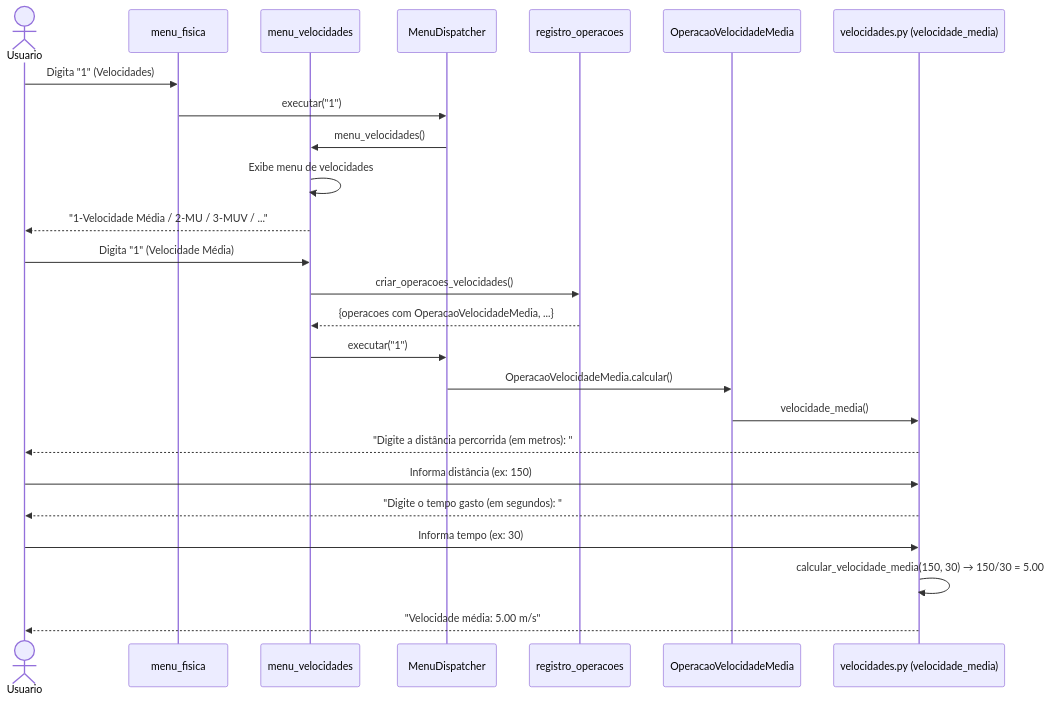
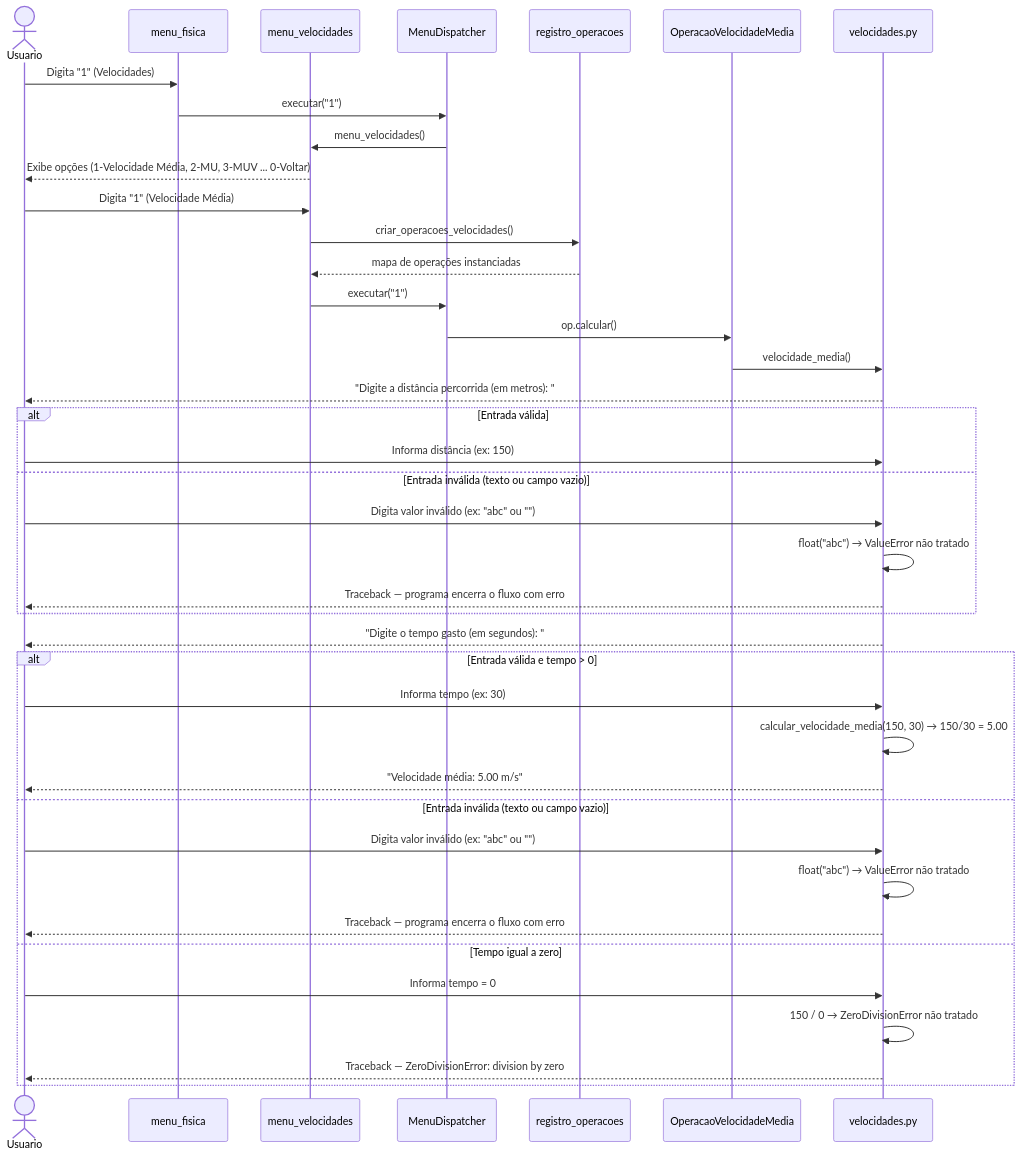
Before and after one commit to software-engineering-labs-ifrn/2026-1-Jonathan: the diagram in Docs/Diagramas de sequência/DS_US03_VelocidadeMedia.md, drawn with Mermaid. The commit also changed other lines of this file and 10 other files, not shown here.

Commit message:
Fix: corrige diagramas

````diff
--- a/Docs/Diagramas de sequência/DS_US03_VelocidadeMedia.md
+++ b/Docs/Diagramas de sequência/DS_US03_VelocidadeMedia.md
@@ -9,29 +7,46 @@
 ```mermaid
 sequenceDiagram
     actor Usuario
     participant MenuFis as menu_fisica
     participant MenuVel as menu_velocidades
     participant Dispatcher as MenuDispatcher
     participant Registro as registro_operacoes
     participant Op as OperacaoVelocidadeMedia
-    participant Calc as velocidades.py (velocidade_media)
+    participant Calc as velocidades.py
 
     Usuario->>MenuFis: Digita "1" (Velocidades)
     MenuFis->>Dispatcher: executar("1")
     Dispatcher->>MenuVel: menu_velocidades()
-    MenuVel->>MenuVel: Exibe menu de velocidades
-    MenuVel-->>Usuario: "1-Velocidade Média / 2-MU / 3-MUV / ..."
+    MenuVel-->>Usuario: Exibe opções (1-Velocidade Média, 2-MU, 3-MUV ... 0-Voltar)
 
     Usuario->>MenuVel: Digita "1" (Velocidade Média)
     MenuVel->>Registro: criar_operacoes_velocidades()
-    Registro-->>MenuVel: {operacoes com OperacaoVelocidadeMedia, ...}
+    Registro-->>MenuVel: mapa de operações instanciadas
     MenuVel->>Dispatcher: executar("1")
-    Dispatcher->>Op: OperacaoVelocidadeMedia.calcular()
+    Dispatcher->>Op: op.calcular()
     Op->>Calc: velocidade_media()
+
     Calc-->>Usuario: "Digite a distância percorrida (em metros): "
-    Usuario->>Calc: Informa distância (ex: 150)
+    alt Entrada válida
+        Usuario->>Calc: Informa distância (ex: 150)
+    else Entrada inválida (texto ou campo vazio)
+        Usuario->>Calc: Digita valor inválido (ex: "abc" ou "")
+        Calc->>Calc: float("abc") → ValueError não tratado
+        Calc-->>Usuario: Traceback — programa encerra o fluxo com erro
+    end
+
     Calc-->>Usuario: "Digite o tempo gasto (em segundos): "
-    Usuario->>Calc: Informa tempo (ex: 30)
-    Calc->>Calc: calcular_velocidade_media(150, 30) → 150/30 = 5.00
-    Calc-->>Usuario: "Velocidade média: 5.00 m/s"
+    alt Entrada válida e tempo > 0
+        Usuario->>Calc: Informa tempo (ex: 30)
+        Calc->>Calc: calcular_velocidade_media(150, 30) → 150/30 = 5.00
+        Calc-->>Usuario: "Velocidade média: 5.00 m/s"
+    else Entrada inválida (texto ou campo vazio)
+        Usuario->>Calc: Digita valor inválido (ex: "abc" ou "")
+        Calc->>Calc: float("abc") → ValueError não tratado
+        Calc-->>Usuario: Traceback — programa encerra o fluxo com erro
+    else Tempo igual a zero
+        Usuario->>Calc: Informa tempo = 0
+        Calc->>Calc: 150 / 0 → ZeroDivisionError não tratado
+        Calc-->>Usuario: Traceback — ZeroDivisionError: division by zero
+    end
 ```
````
